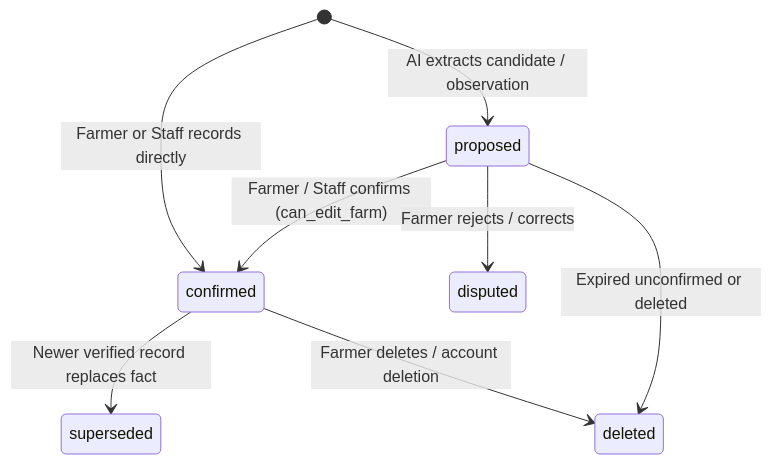
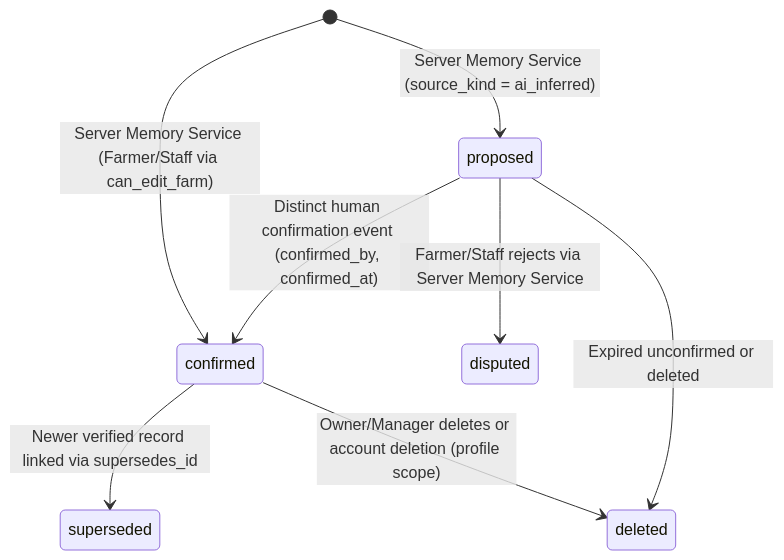
Before and after one commit to farmconnect-ux/cultivanode: the third of 4 diagrams in docs/architecture/batch-03/BATCH_03_0_TARGET_ARCHITECTURE.md, drawn with Mermaid. The commit also changed other lines of this file and 10 other files, not shown here.

Commit message:
docs(architecture): resolve Batch 03.0 review findings

````diff
--- a/docs/architecture/batch-03/BATCH_03_0_TARGET_ARCHITECTURE.md
+++ b/docs/architecture/batch-03/BATCH_03_0_TARGET_ARCHITECTURE.md
@@ -118,10 +123,10 @@
 ```mermaid
 stateDiagram-v2
-  [*] --> proposed: AI extracts candidate / observation
-  [*] --> confirmed: Farmer or Staff records directly
-  proposed --> confirmed: Farmer / Staff confirms (can_edit_farm)
-  proposed --> disputed: Farmer rejects / corrects
-  confirmed --> superseded: Newer verified record replaces fact
-  confirmed --> deleted: Farmer deletes / account deletion
+  [*] --> proposed: Server Memory Service (source_kind = ai_inferred)
+  [*] --> confirmed: Server Memory Service (Farmer/Staff via can_edit_farm)
+  proposed --> confirmed: Distinct human confirmation event (confirmed_by, confirmed_at)
+  proposed --> disputed: Farmer/Staff rejects via Server Memory Service
+  confirmed --> superseded: Newer verified record linked via supersedes_id
+  confirmed --> deleted: Owner/Manager deletes or account deletion (profile scope)
   proposed --> deleted: Expired unconfirmed or deleted
 ```
````
